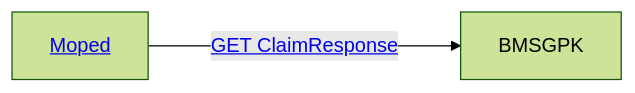
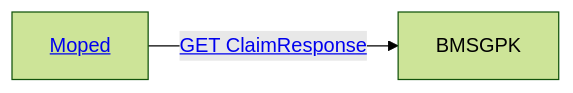
The fifth of 5 diagrams in input/pagecontent/actors.md (HL7Austria/ELGA-MOPED-R5), drawn with Mermaid (forest theme) before and after one commit. The commit also changed other lines of this file, not shown here.

```diff
--- a/input/pagecontent/actors.md
+++ b/input/pagecontent/actors.md
@@ -80,6 +81,6 @@
-<pre class="mermaid">
+<div class="mermaid">
     graph LR
     BMSGPK[BMSGPK]
     Moped[<a href="#top">Moped</a>] 
-    Moped --->|<a href="StructureDefinition-MOPEDClaimResponse.html"> GET ClaimResponse</a>| BMSGPK  
-</pre>
+    Moped -->|<a href="StructureDefinition-MOPEDClaimResponse.html"> GET ClaimResponse</a>| BMSGPK   
+</div>
```
